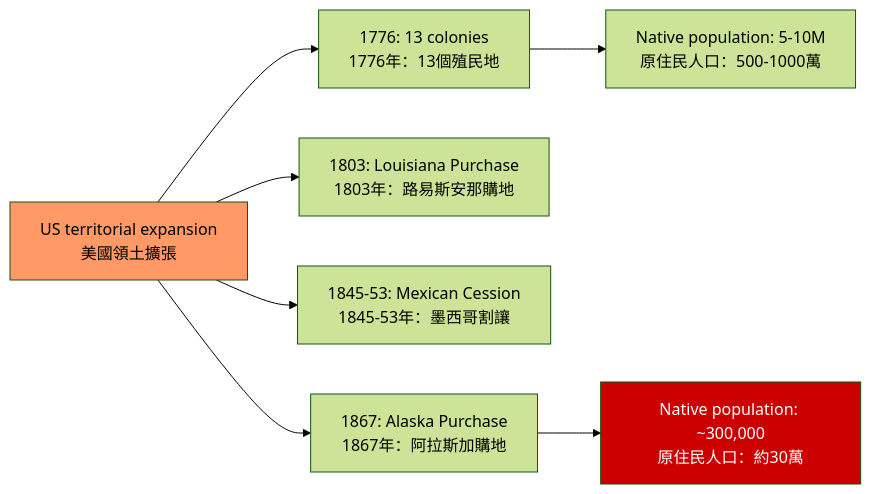
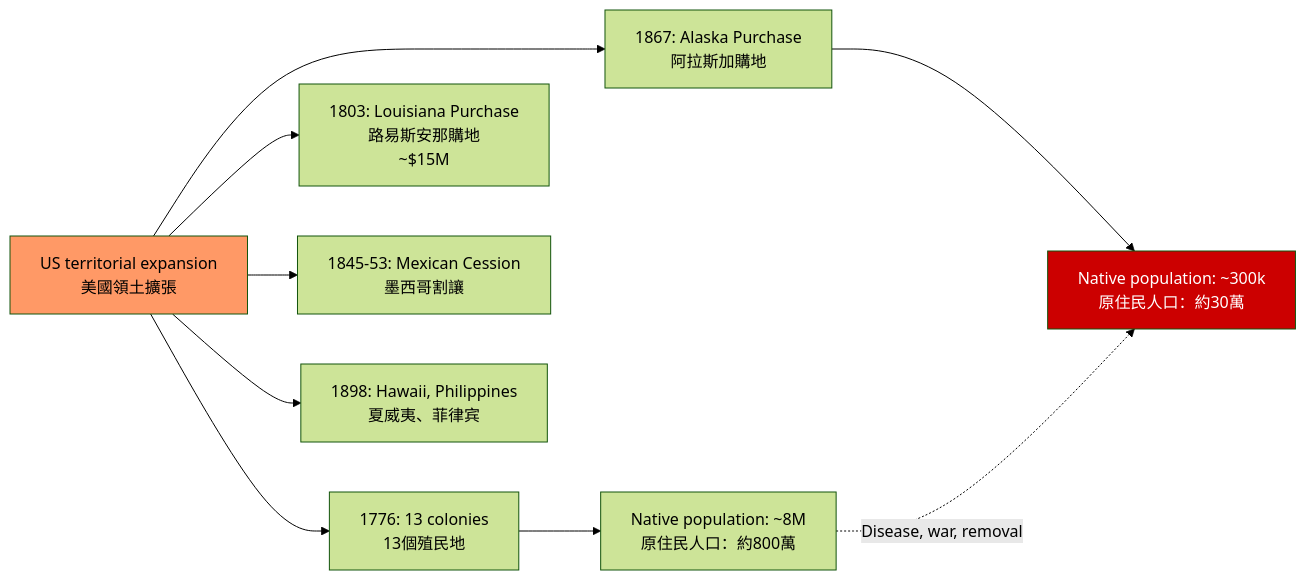
The second of 5 diagrams in 01_HKU_Courses/HIST1025_Introduction_to_the_United_States.md (yip-lgtm/HKU-Harvard-History-Self-Study), drawn with Mermaid (forest theme) before and after one commit. The commit also changed other lines of this file and 22 other files, not shown here.

````diff
--- a/01_HKU_Courses/HIST1025_Introduction_to_the_United_States.md
+++ b/01_HKU_Courses/HIST1025_Introduction_to_the_United_States.md
@@ -77,13 +362,16 @@
 ```mermaid
 graph LR
-    A[US territorial expansion<br/>美國領土擴張] --> B[1776: 13 colonies<br/>1776年：13個殖民地]
-    A --> C[1803: Louisiana Purchase<br/>1803年：路易斯安那購地]
-    A --> D[1845-53: Mexican Cession<br/>1845-53年：墨西哥割讓]
-    A --> E[1867: Alaska Purchase<br/>1867年：阿拉斯加購地]
+    A[US territorial expansion<br/>美國領土擴張] --> B[1776: 13 colonies<br/>13個殖民地]
+    A --> C[1803: Louisiana Purchase<br/>路易斯安那購地<br/>~$15M]
+    A --> D[1845-53: Mexican Cession<br/>墨西哥割讓]
+    A --> E[1867: Alaska Purchase<br/>阿拉斯加購地]
+    A --> F[1898: Hawaii, Philippines<br/>夏威夷、菲律宾]
     
-    B --> F[Native population: 5-10M<br/>原住民人口：500-1000萬]
-    E --> G[Native population: ~300,000<br/>原住民人口：約30萬]
+    B --> G[Native population: ~8M<br/>原住民人口：約800萬]
+    E --> H[Native population: ~300k<br/>原住民人口：約30萬]
+    
+    G -.->|Disease, war, removal| H
     
     style A fill:#f96
-    style G fill:#c00,color:#fff
+    style H fill:#c00,color:#fff
 ```
````
